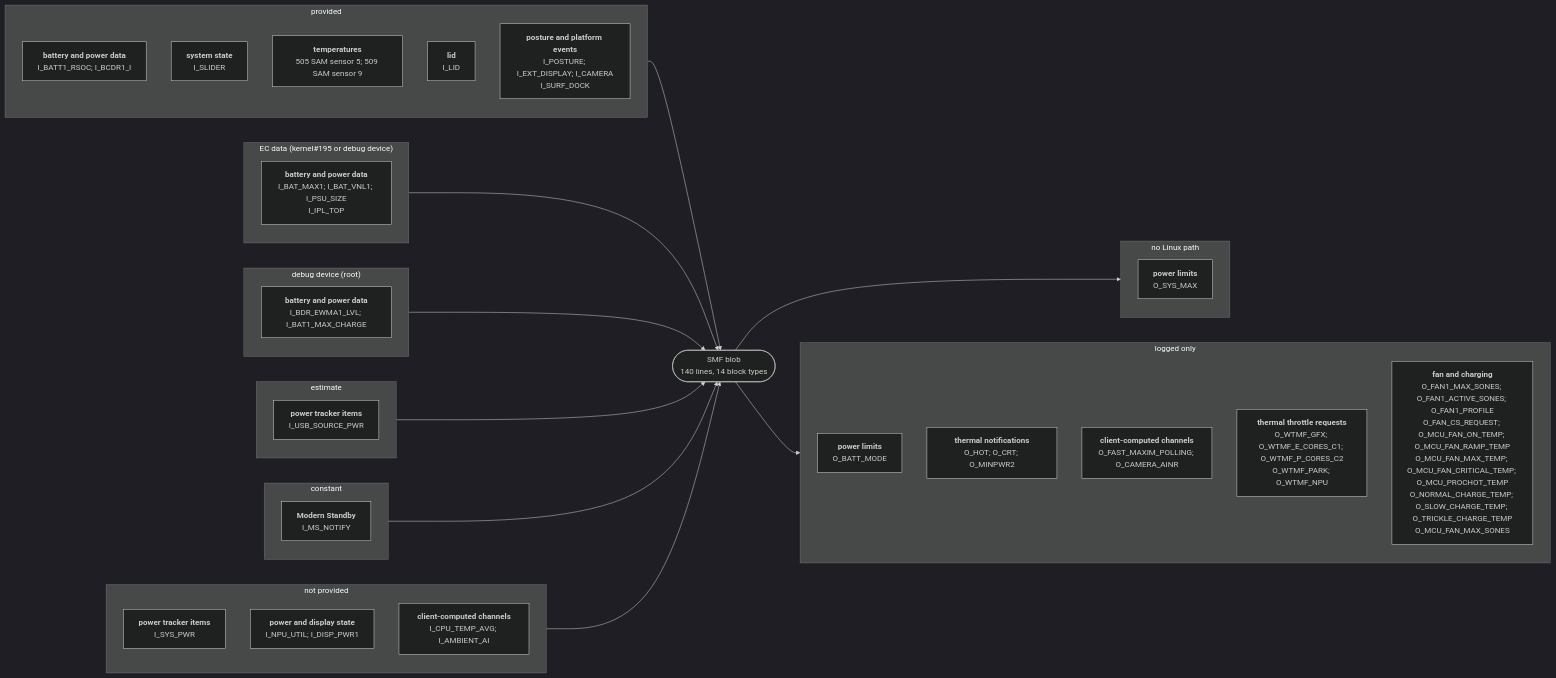
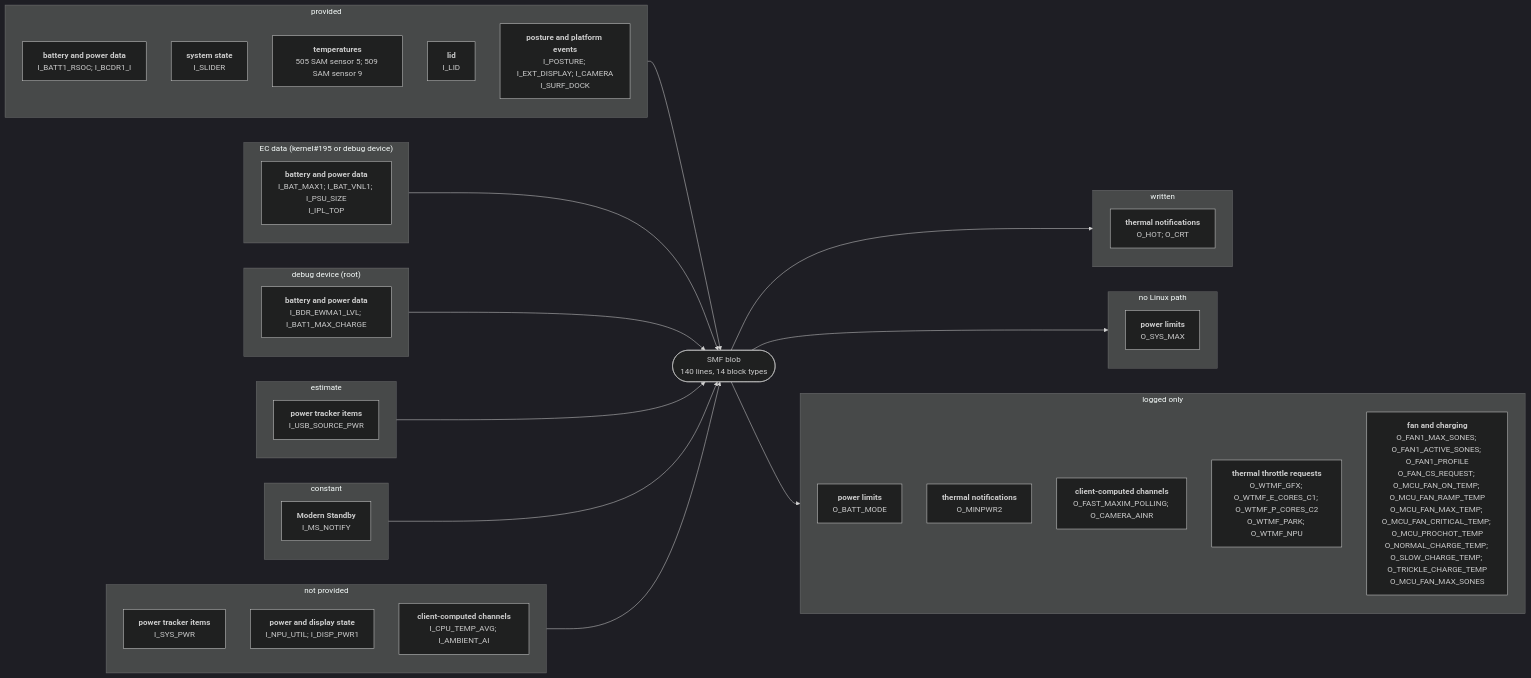
Before and after one commit to larsschellhas/linux-surface-power: the diagram in docs/devices/surface-laptop-13.md, drawn with Mermaid (dark theme). The commit also changed other lines of this file and 53 other files, not shown here.

First line of the commit message:
Write PL3, PL4 and the thermal-policy requests; control only with every output written

````diff
--- a/docs/devices/surface-laptop-13.md
+++ b/docs/devices/surface-laptop-13.md
@@ -19,46 +19,50 @@
 ```mermaid
 flowchart LR
     subgraph IN0["provided"]
         I0_28B7BD85["<b>battery and power data</b><br/>I_BATT1_RSOC; I_BCDR1_I"]
         I0_2DD6960F["<b>system state</b><br/>I_SLIDER"]
         I0_2E8B14C2["<b>temperatures</b><br/>505 SAM sensor 5; 509 SAM sensor 9"]
         I0_5D0EE597["<b>lid</b><br/>I_LID"]
         I0_8060B17F["<b>posture and platform events</b><br/>I_POSTURE; I_EXT_DISPLAY; I_CAMERA<br/>I_SURF_DOCK"]
     end
     IN0 --> B
     subgraph IN1["EC data (kernel#195 or debug device)"]
         I1_28B7BD85["<b>battery and power data</b><br/>I_BAT_MAX1; I_BAT_VNL1; I_PSU_SIZE<br/>I_IPL_TOP"]
     end
     IN1 --> B
     subgraph IN2["debug device (root)"]
         I2_28B7BD85["<b>battery and power data</b><br/>I_BDR_EWMA1_LVL; I_BAT1_MAX_CHARGE"]
     end
     IN2 --> B
     subgraph IN3["estimate"]
         I3_049E36F2["<b>power tracker items</b><br/>I_USB_SOURCE_PWR"]
     end
     IN3 --> B
     subgraph IN4["constant"]
         I4_DEF1AB69["<b>Modern Standby</b><br/>I_MS_NOTIFY"]
     end
     IN4 --> B
     subgraph IN5["not provided"]
         I5_049E36F2["<b>power tracker items</b><br/>I_SYS_PWR"]
         I5_1FB53D4C["<b>power and display state</b><br/>I_NPU_UTIL; I_DISP_PWR1"]
         I5_87008365["<b>client-computed channels</b><br/>I_CPU_TEMP_AVG; I_AMBIENT_AI"]
     end
     IN5 --> B
     B(["SMF blob<br/>140 lines, 14 block types"])
-    subgraph OUT0["no Linux path"]
-        O0_0B7B5350["<b>power limits</b><br/>O_SYS_MAX"]
+    subgraph OUT0["written"]
+        O0_110DF2A4["<b>thermal notifications</b><br/>O_HOT; O_CRT"]
     end
     B --> OUT0
-    subgraph OUT1["logged only"]
-        O1_0B7B5350["<b>power limits</b><br/>O_BATT_MODE"]
-        O1_110DF2A4["<b>thermal notifications</b><br/>O_HOT; O_CRT; O_MINPWR2"]
-        O1_87008365["<b>client-computed channels</b><br/>O_FAST_MAXIM_POLLING; O_CAMERA_AINR"]
-        O1_9BBB8910["<b>thermal throttle requests</b><br/>O_WTMF_GFX; O_WTMF_E_CORES_C1; O_WTMF_P_CORES_C2<br/>O_WTMF_PARK; O_WTMF_NPU"]
-        O1_B620798F["<b>fan and charging</b><br/>O_FAN1_MAX_SONES; O_FAN1_ACTIVE_SONES; O_FAN1_PROFILE<br/>O_FAN_CS_REQUEST; O_MCU_FAN_ON_TEMP; O_MCU_FAN_RAMP_TEMP<br/>O_MCU_FAN_MAX_TEMP; O_MCU_FAN_CRITICAL_TEMP; O_MCU_PROCHOT_TEMP<br/>O_NORMAL_CHARGE_TEMP; O_SLOW_CHARGE_TEMP; O_TRICKLE_CHARGE_TEMP<br/>O_MCU_FAN_MAX_SONES"]
+    subgraph OUT1["no Linux path"]
+        O1_0B7B5350["<b>power limits</b><br/>O_SYS_MAX"]
     end
     B --> OUT1
+    subgraph OUT2["logged only"]
+        O2_0B7B5350["<b>power limits</b><br/>O_BATT_MODE"]
+        O2_110DF2A4["<b>thermal notifications</b><br/>O_MINPWR2"]
+        O2_87008365["<b>client-computed channels</b><br/>O_FAST_MAXIM_POLLING; O_CAMERA_AINR"]
+        O2_9BBB8910["<b>thermal throttle requests</b><br/>O_WTMF_GFX; O_WTMF_E_CORES_C1; O_WTMF_P_CORES_C2<br/>O_WTMF_PARK; O_WTMF_NPU"]
+        O2_B620798F["<b>fan and charging</b><br/>O_FAN1_MAX_SONES; O_FAN1_ACTIVE_SONES; O_FAN1_PROFILE<br/>O_FAN_CS_REQUEST; O_MCU_FAN_ON_TEMP; O_MCU_FAN_RAMP_TEMP<br/>O_MCU_FAN_MAX_TEMP; O_MCU_FAN_CRITICAL_TEMP; O_MCU_PROCHOT_TEMP<br/>O_NORMAL_CHARGE_TEMP; O_SLOW_CHARGE_TEMP; O_TRICKLE_CHARGE_TEMP<br/>O_MCU_FAN_MAX_SONES"]
+    end
+    B --> OUT2
 ```
````
